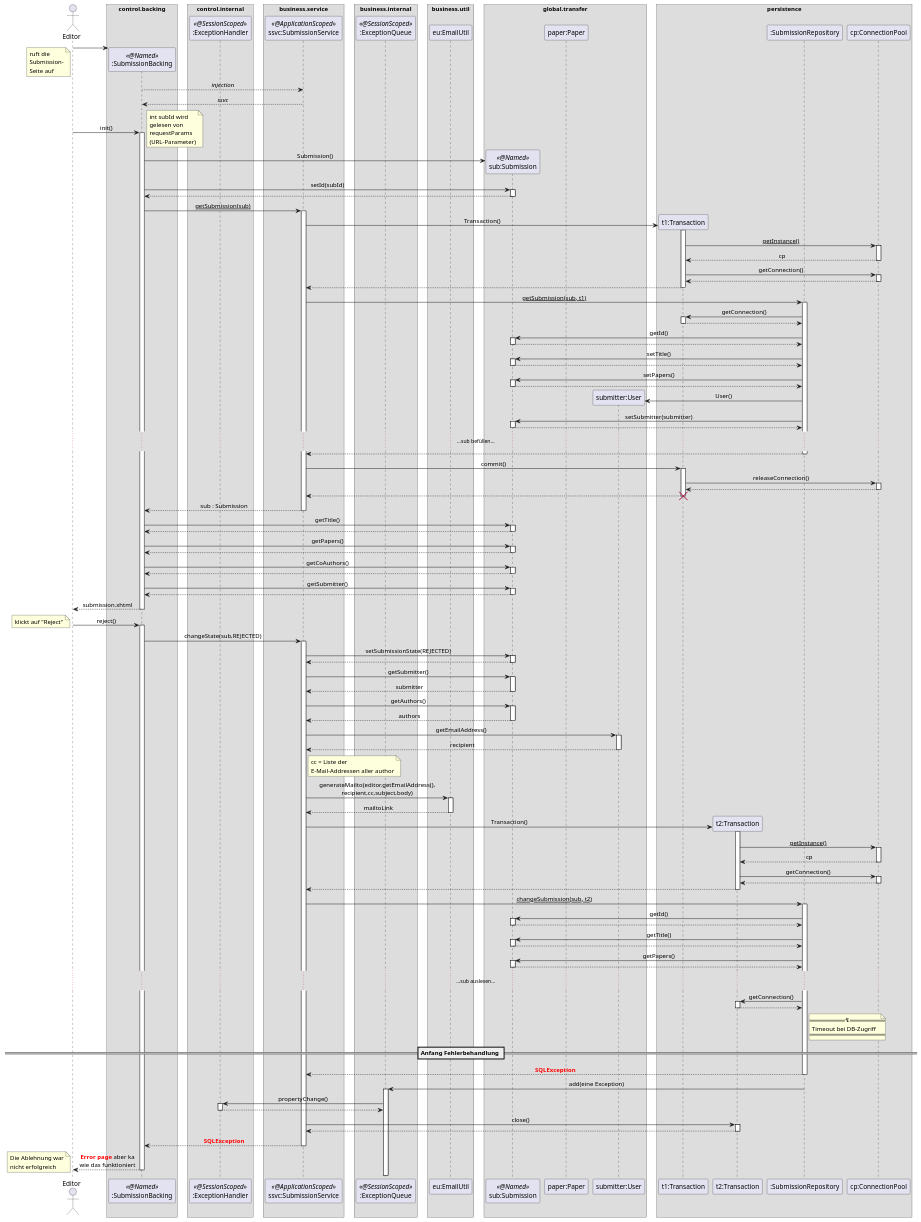
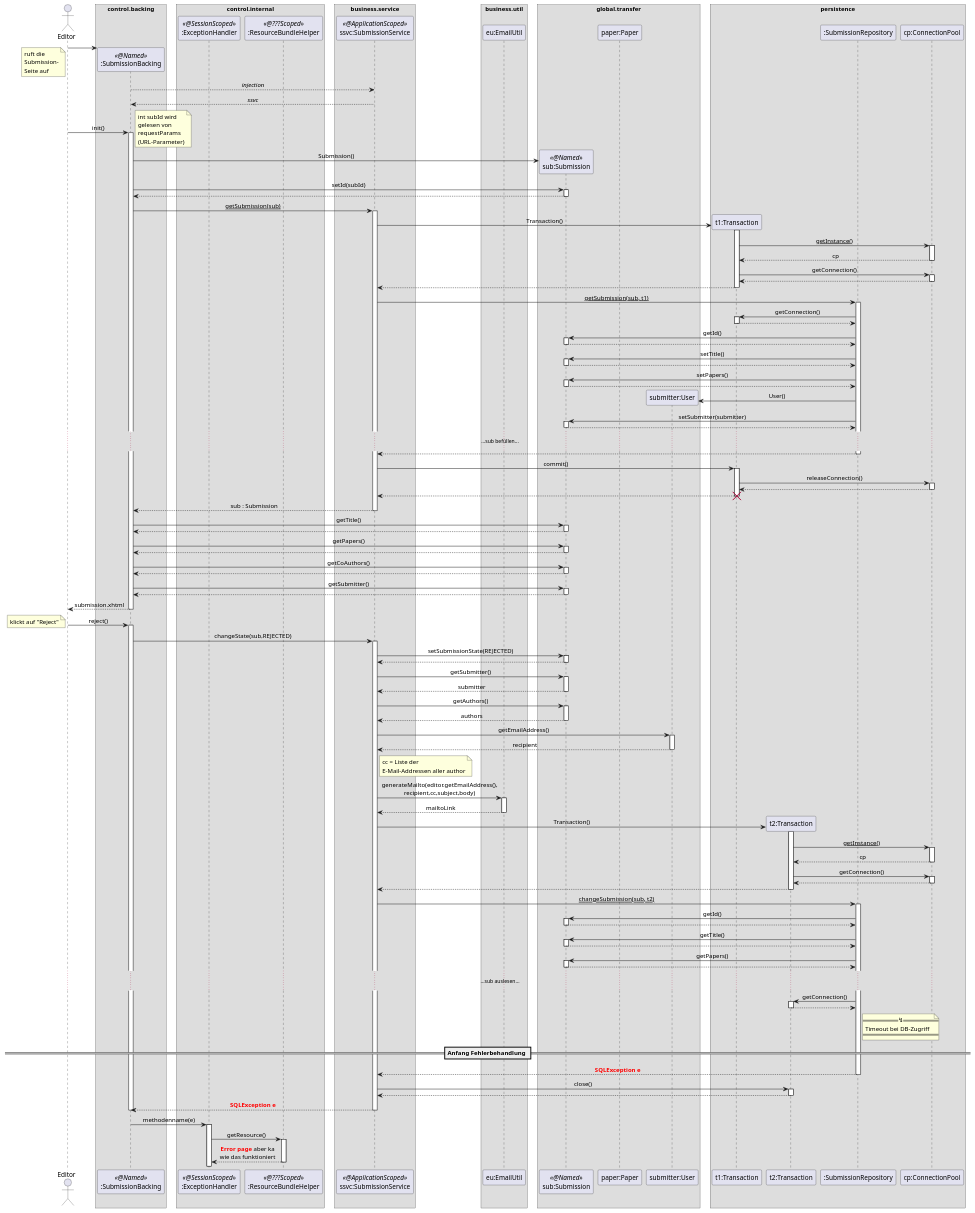
Before and after one commit to guersterst/LasEs: the diagram in docs/Entwurf/puml/reject_submission.puml, drawn with PlantUML.

Commit message:
preliminarily improve exception handling in second seq diagram

```diff
--- a/docs/Entwurf/puml/reject_submission.puml
+++ b/docs/Entwurf/puml/reject_submission.puml
@@ -1,193 +1,192 @@
 @startuml
 'https://plantuml.com/sequence-diagram
 
 '!theme aws-orange
 skinparam sequenceMessageAlign center
 skinparam BoxPadding 10
 'skinparam LifelineStrategy nosolid
 'autonumber
 'autoactivate on
 'hide footbox
 
 actor Editor as editor
 
 box "control.backing"
     participant ":SubmissionBacking" as sb << @Named >>
 end box
 box "control.internal"
     participant ":ExceptionHandler" as eh << @SessionScoped >>
+    participant ":ResourceBundleHelper" as rh << @???Scoped >>
 end box
 'box "???"
 '    participant ":ResourceBundle" as rscBundle
 'end box
 box "business.service"
     participant "ssvc:SubmissionService" as ssvc << @ApplicationScoped >>
-end box
-box "business.internal"
-    participant ":ExceptionQueue" as eq << @SessionScoped >>
 end box
 box "business.util"
     participant "eu:EmailUtil" as eu
 end box
 box "global.transfer"
     participant "sub:Submission" as sub << @Named >>
     participant "paper:Paper" as paper
     participant "submitter:User" as submitter
 end box
 box persistence
     participant "t1:Transaction" as t1
     participant "t2:Transaction" as t2
     participant ":SubmissionRepository" as sr
     participant "cp:ConnectionPool" as cp
 end box
 
 create sb
 editor -> sb
 note left
     ruft die
     Submission-
     Seite auf
 end note
 sb --> ssvc : //injection//
 return //ssvc//
 editor -> sb : init()
 activate sb
     note right
         int subId wird
         gelesen von
         requestParams
         (URL-Parameter)
     end note
     sb -> sub ** : Submission()
     sb -> sub : setId(subId)
     activate sub
     return
     sb -> ssvc : __getSubmission(sub)__
     activate ssvc
         ssvc -> t1 ** : Transaction()
         activate t1
             t1 -> cp : __getInstance()__
             activate cp
             return cp
             t1 -> cp : getConnection()
             activate cp
             return
         return
         ssvc -> sr : __getSubmission(sub, t1)__
         activate sr
             sr -> t1 ++ : getConnection()
             return
             sr -> sub : getId()
             activate sub
             return
             sr -> sub : setTitle()
             activate sub
             return
             sr -> sub : setPapers()
             activate sub
             return
             sr -> submitter ** : User()
             sr -> sub : setSubmitter(submitter)
             activate sub
             return
             ......sub befüllen......
         return
         ssvc -> t1 ++ : commit()
             t1 -> cp ++ : releaseConnection()
             return
         return
         destroy t1
     return sub : Submission
     sb -> sub ++ : getTitle()
     return
     sb -> sub ++ : getPapers()
     return
     sb -> sub ++ : getCoAuthors()
     return
     sb -> sub ++ : getSubmitter()
     return
 return submission.xhtml
 
 
 editor -> sb : reject()
 note left
     klickt auf "Reject"
 end note
 activate sb
     sb -> ssvc : changeState(sub,REJECTED)
     activate ssvc
         ssvc -> sub ++ : setSubmissionState(REJECTED)
         return
         ssvc -> sub : getSubmitter()
         activate sub
         return submitter
         ssvc -> sub : getAuthors()
         activate sub
         return authors
         ssvc -> submitter : getEmailAddress()
         activate submitter
         return recipient
         note right of ssvc
             cc = Liste der
             E-Mail-Addressen aller author
         end note
 '        subService -> rscBundle : getRejectionEmailSubject()
 '        activate rscBundle
 '        return subject
 '        subService -> rscBundle : getRejectionEmailBody()
 '        activate rscBundle
 '        return body
 
         ssvc -> eu : generateMailto(editor.getEmailAddress(),\nrecipient,cc,subject,body)
         activate eu
         return mailtoLink
 
         ssvc -> t2 ** : Transaction()
         activate t2
             t2 -> cp : __getInstance()__
             activate cp
             return cp
             t2 -> cp : getConnection()
             activate cp
             return
         return
 
         ssvc -> sr : __changeSubmission(sub, t2)__
         activate sr
             sr -> sub ++ : getId()
             return
             sr -> sub ++ : getTitle()
             return
             sr -> sub ++ : getPapers()
             return
             ......sub auslesen......
             sr -> t2 ++ : getConnection()
             return
 
         note right of sr
         == ↯ ==
         Timeout bei DB-Zugriff
         ====
         end note
 
 == Anfang Fehlerbehandlung ==
-        return <font color=red><b>SQLException
-
-        sr -> eq ++ : add(eine Exception)
-            eq -> eh ++ : propertyChange()
-            return
-        deactivate sr
+        return <font color=red><b>SQLException e
 
         ssvc -> t2 ++ : close()
         return
 
-    return <font color=red><b>SQLException
+    return <font color=red><b>SQLException e
+deactivate sb
 
+sb -> eh ++ : methodenname(e)
+'todo methodenname
+
+eh -> rh ++ : getResource()
 return <font color=red><b>Error page</font> aber ka\nwie das funktioniert
-note left
-Die Ablehnung war
-nicht erfolgreich
-end note
+
+'note left
+'Die Ablehnung war
+'nicht erfolgreich
+'end note
 
 
 @enduml
```
